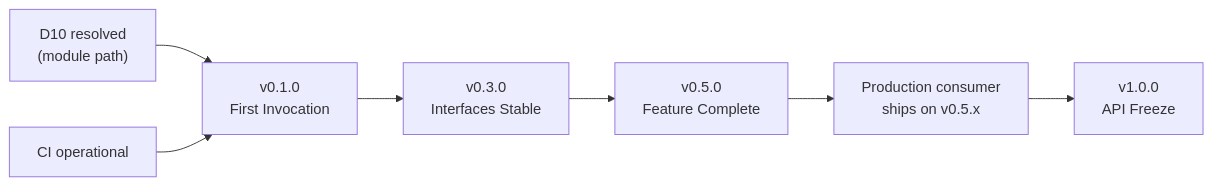
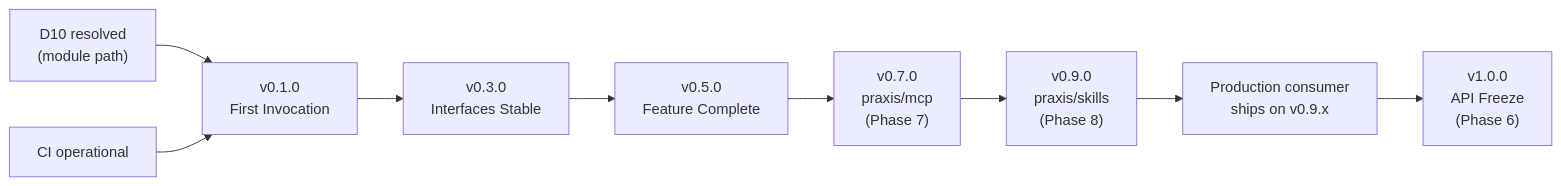
The diagram in docs/phase-6-release-governance/06-release-milestones.md (praxis-os/praxis), drawn with Mermaid before and after one commit. The commit also changed other lines of this file and 31 other files, not shown here.

First line of the commit message:
docs(planning): approve Phase 7 & 8, reorder roadmap to 5→7→8→6, fix module path (#23)

````diff
--- a/docs/phase-6-release-governance/06-release-milestones.md
+++ b/docs/phase-6-release-governance/06-release-milestones.md
@@ -250,17 +518,21 @@
 ```mermaid
 flowchart LR
     D10["D10 resolved<br/>(module path)"]
     CI["CI operational"]
     v01["v0.1.0<br/>First Invocation"]
     v03["v0.3.0<br/>Interfaces Stable"]
     v05["v0.5.0<br/>Feature Complete"]
-    consumer["Production consumer<br/>ships on v0.5.x"]
-    v10["v1.0.0<br/>API Freeze"]
+    v07["v0.7.0<br/>praxis/mcp<br/>(Phase 7)"]
+    v09["v0.9.0<br/>praxis/skills<br/>(Phase 8)"]
+    consumer["Production consumer<br/>ships on v0.9.x"]
+    v10["v1.0.0<br/>API Freeze<br/>(Phase 6)"]
 
     D10 --> v01
     CI --> v01
     v01 --> v03
     v03 --> v05
-    v05 --> consumer
+    v05 --> v07
+    v07 --> v09
+    v09 --> consumer
     consumer --> v10
 ```
````
